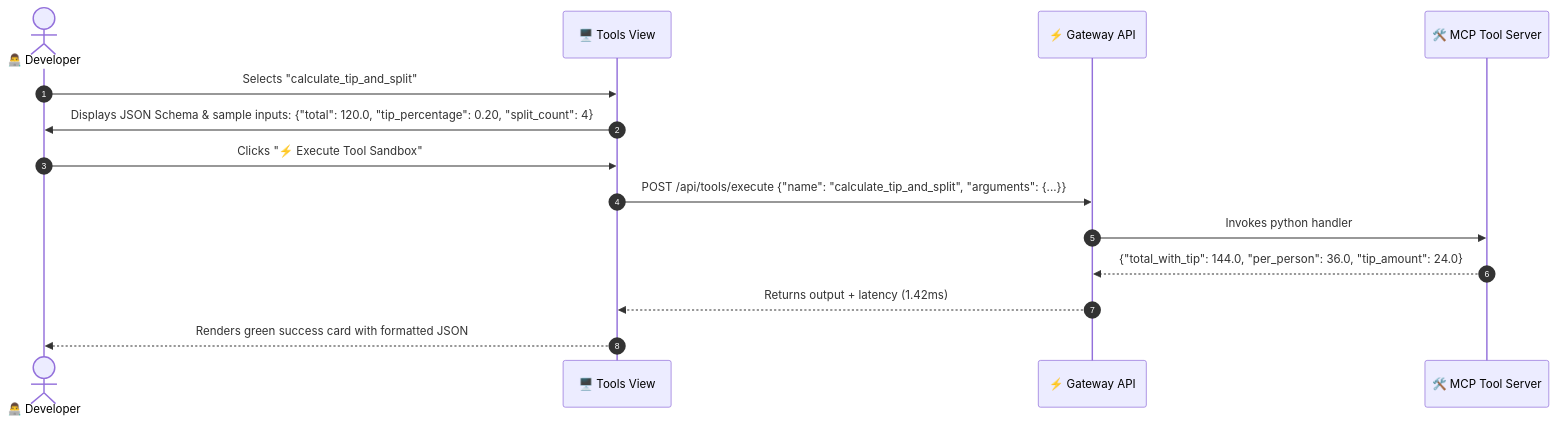
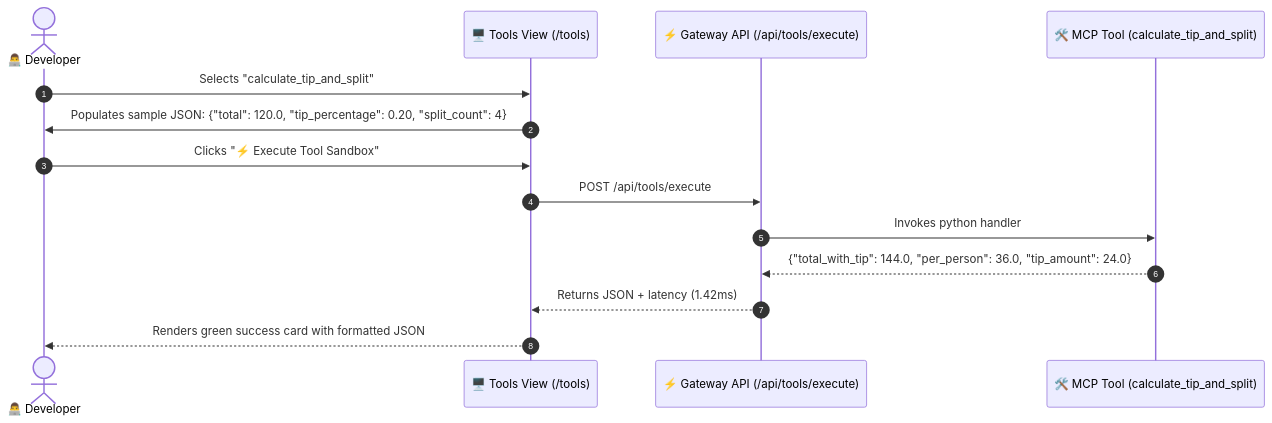
The second of 2 diagrams in docs/03_mcp_tools_sandbox.md (vdonthireddy/agentic-ai), drawn with Mermaid before and after one commit. The commit also changed other lines of this file, not shown here.

Commit message:
docs: add deep-dive explanation of what a sandbox is, how it is created, and how it works to 03_mcp_tools_sandbox.md

````diff
--- a/docs/03_mcp_tools_sandbox.md
+++ b/docs/03_mcp_tools_sandbox.md
@@ -34,17 +86,17 @@
 ```mermaid
 sequenceDiagram
     autonumber
     actor Dev as 👨‍💻 Developer
-    participant UI as 🖥️ Tools View
-    participant Gateway as ⚡ Gateway API
-    participant MCP as 🛠️ MCP Tool Server
+    participant UI as 🖥️ Tools View (/tools)
+    participant Gateway as ⚡ Gateway API (/api/tools/execute)
+    participant MCP as 🛠️ MCP Tool (calculate_tip_and_split)
 
     Dev->>UI: Selects "calculate_tip_and_split"
-    UI->>Dev: Displays JSON Schema & sample inputs: {"total": 120.0, "tip_percentage": 0.20, "split_count": 4}
+    UI->>Dev: Populates sample JSON: {"total": 120.0, "tip_percentage": 0.20, "split_count": 4}
     Dev->>UI: Clicks "⚡ Execute Tool Sandbox"
-    UI->>Gateway: POST /api/tools/execute {"name": "calculate_tip_and_split", "arguments": {...}}
+    UI->>Gateway: POST /api/tools/execute
     Gateway->>MCP: Invokes python handler
     MCP-->>Gateway: {"total_with_tip": 144.0, "per_person": 36.0, "tip_amount": 24.0}
-    Gateway-->>UI: Returns output + latency (1.42ms)
+    Gateway-->>UI: Returns JSON + latency (1.42ms)
     UI-->>Dev: Renders green success card with formatted JSON
 ```
````
